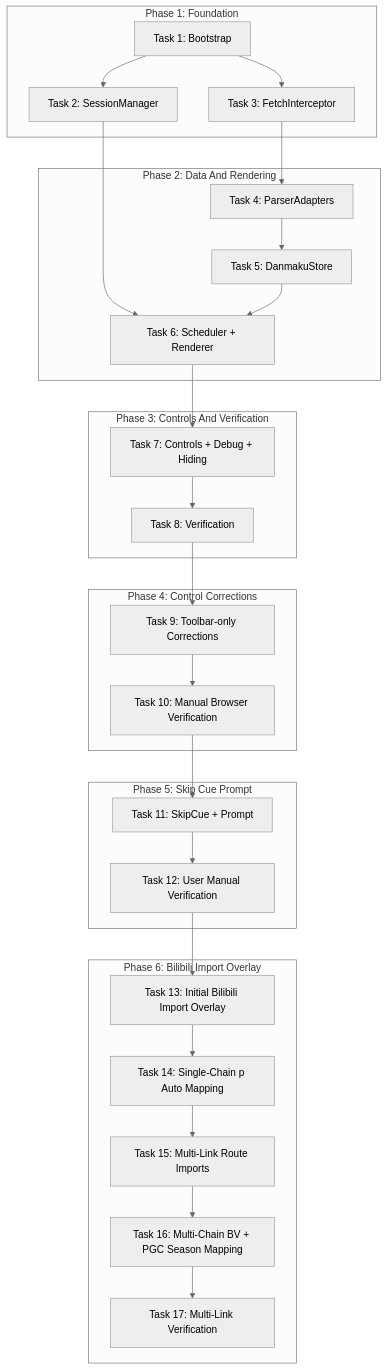
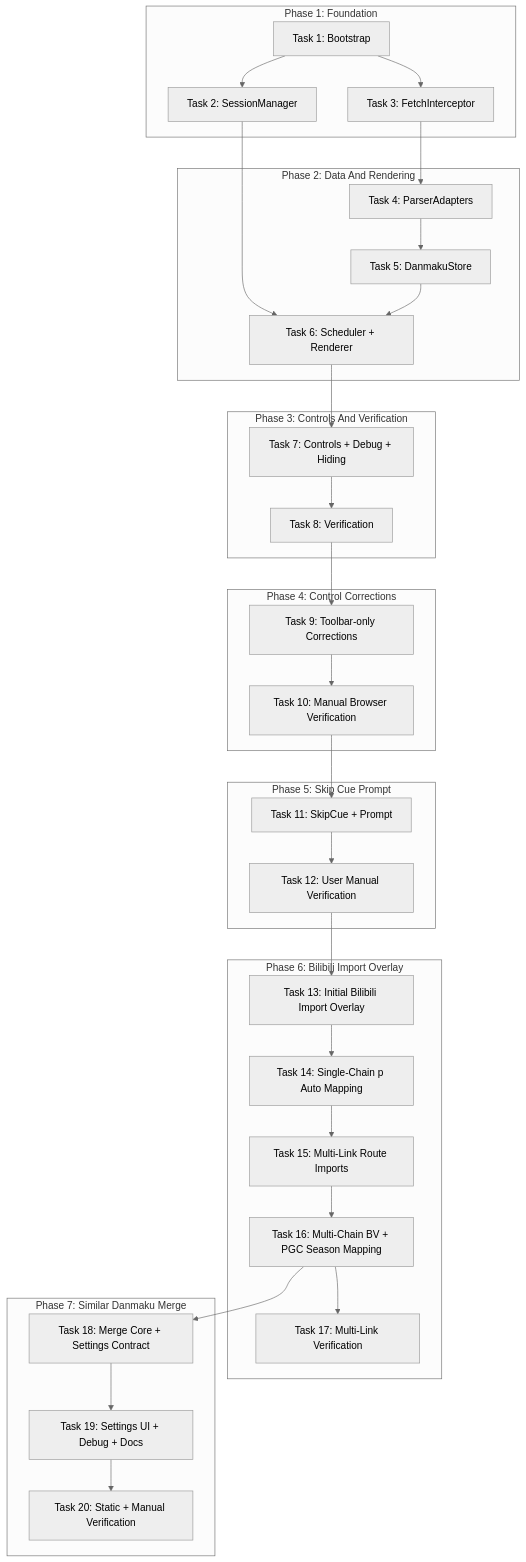
Before and after one commit to Loong111/AniCh-dandanPlay: the diagram in docs/plan/dependency-graph.md, drawn with Mermaid (neutral theme). The commit also changed 9 other files, not shown here.

````diff
--- a/docs/plan/dependency-graph.md
+++ b/docs/plan/dependency-graph.md
@@ -3,54 +3,63 @@
 ```mermaid
 graph TD
     subgraph Phase1 [Phase 1: Foundation]
         T1[Task 1: Bootstrap]
         T2[Task 2: SessionManager]
         T3[Task 3: FetchInterceptor]
         T1 --> T2
         T1 --> T3
     end
 
     subgraph Phase2 [Phase 2: Data And Rendering]
         T4[Task 4: ParserAdapters]
         T5[Task 5: DanmakuStore]
         T6[Task 6: Scheduler + Renderer]
         T3 --> T4
         T4 --> T5
         T2 --> T6
         T5 --> T6
     end
 
     subgraph Phase3 [Phase 3: Controls And Verification]
         T7[Task 7: Controls + Debug + Hiding]
         T8[Task 8: Verification]
         T6 --> T7
         T7 --> T8
     end
 
     subgraph Phase4 [Phase 4: Control Corrections]
         T9[Task 9: Toolbar-only Corrections]
         T10[Task 10: Manual Browser Verification]
         T8 --> T9
         T9 --> T10
     end
 
     subgraph Phase5 [Phase 5: Skip Cue Prompt]
         T11[Task 11: SkipCue + Prompt]
         T12[Task 12: User Manual Verification]
         T10 --> T11
         T11 --> T12
     end
 
     subgraph Phase6 [Phase 6: Bilibili Import Overlay]
         T13[Task 13: Initial Bilibili Import Overlay]
         T14[Task 14: Single-Chain p Auto Mapping]
         T15[Task 15: Multi-Link Route Imports]
         T16[Task 16: Multi-Chain BV + PGC Season Mapping]
         T17[Task 17: Multi-Link Verification]
         T12 --> T13
         T13 --> T14
         T14 --> T15
         T15 --> T16
         T16 --> T17
     end
+
+    subgraph Phase7 [Phase 7: Similar Danmaku Merge]
+        T18[Task 18: Merge Core + Settings Contract]
+        T19[Task 19: Settings UI + Debug + Docs]
+        T20[Task 20: Static + Manual Verification]
+        T16 --> T18
+        T18 --> T19
+        T19 --> T20
+    end
 ```
````
